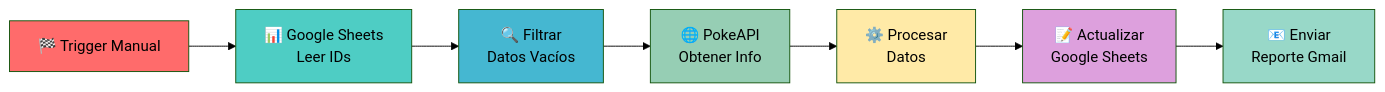
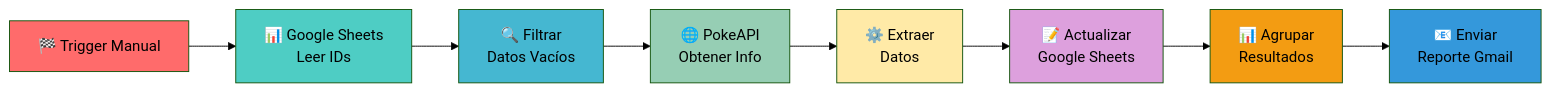
Before and after one commit to Credentials-nk/n8n_MCP: the third of 3 diagrams in 1.Intro/README.md, drawn with Mermaid (forest theme). The commit also changed other lines of this file and 2 other files, not shown here.

````diff
--- a/1.Intro/README.md
+++ b/1.Intro/README.md
@@ -61,17 +163,19 @@
 ```mermaid
 graph LR
     A[🏁 Trigger Manual] --> B[📊 Google Sheets<br/>Leer IDs]
     B --> C[🔍 Filtrar<br/>Datos Vacíos]
     C --> D[🌐 PokeAPI<br/>Obtener Info]
-    D --> E[⚙️ Procesar<br/>Datos]
+    D --> E[⚙️ Extraer<br/>Datos]
     E --> F[📝 Actualizar<br/>Google Sheets]
-    F --> G[📧 Enviar<br/>Reporte Gmail]
+    F --> G[📊 Agrupar<br/>Resultados]
+    G --> H[📧 Enviar<br/>Reporte Gmail]
 
     style A fill:#ff6b6b
     style B fill:#4ecdc4
     style C fill:#45b7d1
     style D fill:#96ceb4
     style E fill:#ffeaa7
     style F fill:#dda0dd
-    style G fill:#98d8c8
+    style G fill:#f39c12
+    style H fill:#3498db
 ```
````
